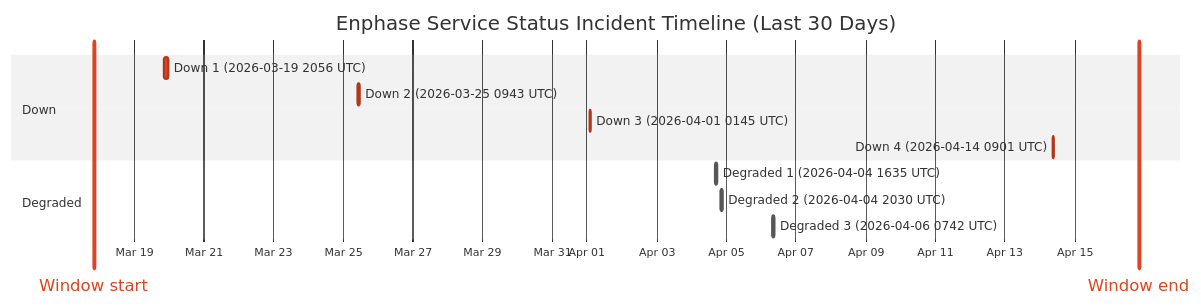
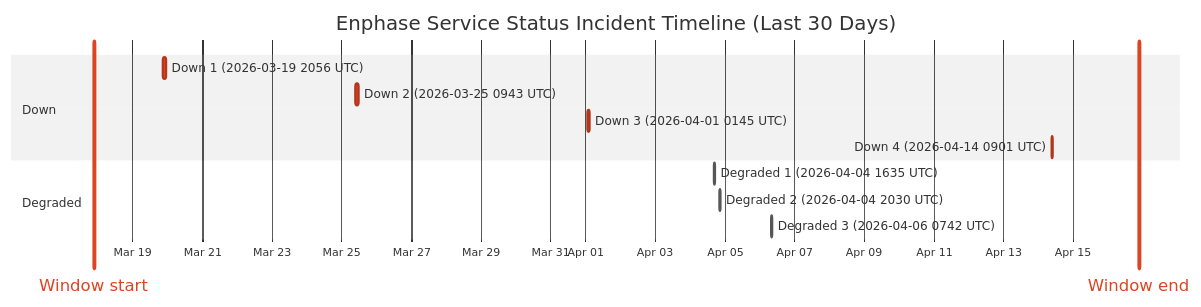
One commit to barneyonline/ha-enphase-ev-charger changed the diagram in wiki/Service-Status-History.md. Above: the diagram before and after it, drawn with Mermaid (neutral theme). The commit also changed other lines of this file and 3 other files, not shown here.

````diff
--- a/wiki/Service-Status-History.md
+++ b/wiki/Service-Status-History.md
@@ -14,17 +14,17 @@
 ```mermaid
 gantt
     title Enphase Service Status Incident Timeline (Last 30 Days)
     dateFormat  YYYY-MM-DDTHH:mm:ss
     axisFormat  %b %d
-    Window start :vert, window-start, 2026-03-17T20:09:41, 0ms
-    Window end :vert, window-end, 2026-04-16T20:09:41, 0ms
+    Window start :vert, window-start, 2026-03-17T21:09:39, 0ms
+    Window end :vert, window-end, 2026-04-16T21:09:39, 0ms
     section Down
     Down 1 (2026-03-19 2056 UTC) :crit, down-1, 2026-03-19T20:56:20, 145m
     Down 2 (2026-03-25 0943 UTC) :crit, down-2, 2026-03-25T09:43:28, 111m
     Down 3 (2026-04-01 0145 UTC) :crit, down-3, 2026-04-01T01:45:09, 60m
     Down 4 (2026-04-14 0901 UTC) :crit, down-4, 2026-04-14T09:01:13, 60m
     section Degraded
     Degraded 1 (2026-04-04 1635 UTC) :active, degraded-1, 2026-04-04T16:35:17, 60m
     Degraded 2 (2026-04-04 2030 UTC) :active, degraded-2, 2026-04-04T20:30:40, 60m
     Degraded 3 (2026-04-06 0742 UTC) :active, degraded-3, 2026-04-06T07:42:09, 85m
 ```
````
